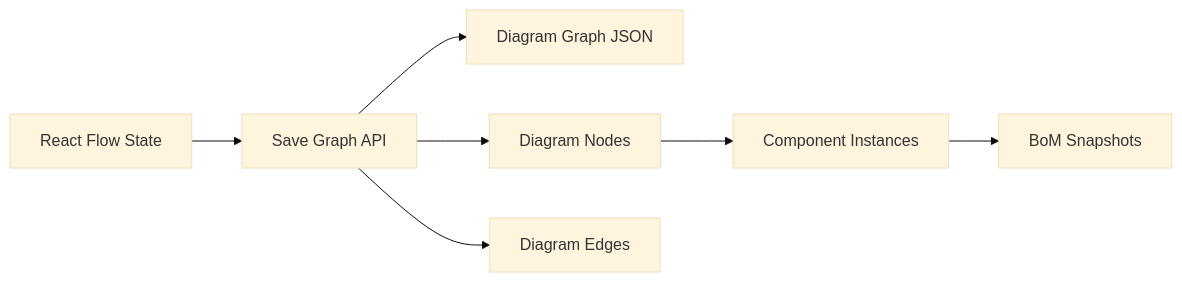
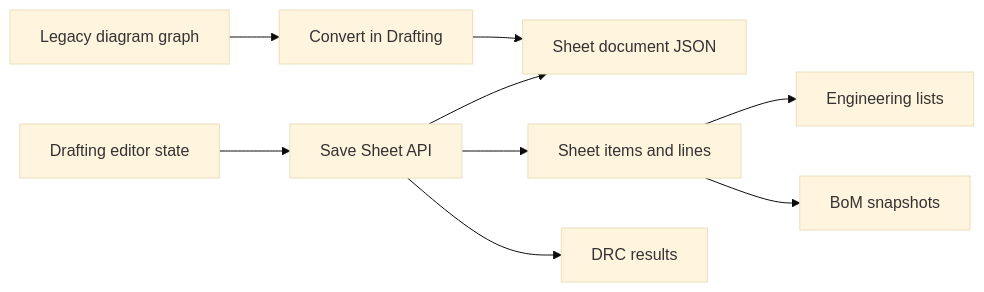
Before and after one commit to luiserpenbach/FSDP: the third of 3 diagrams in docs/architecture.md, drawn with Mermaid (base theme). The commit also changed other lines of this file and 3 other files, not shown here.

First line of the commit message:
Describe Drafting as the single P&ID editor in the docs

````diff
--- a/docs/architecture.md
+++ b/docs/architecture.md
@@ -44,9 +47,11 @@
 ```mermaid
 flowchart LR
-  ReactFlowState[React Flow State] --> SaveGraph[Save Graph API]
-  SaveGraph --> DiagramGraph[Diagram Graph JSON]
-  SaveGraph --> NormalizedNodes[Diagram Nodes]
-  SaveGraph --> NormalizedEdges[Diagram Edges]
-  NormalizedNodes --> ComponentInstances[Component Instances]
-  ComponentInstances --> BomSnapshots[BoM Snapshots]
+  EditorState[Drafting editor state] --> SaveSheet[Save Sheet API]
+  SaveSheet --> SheetDocument[Sheet document JSON]
+  SaveSheet --> SheetIndex[Sheet items and lines]
+  SaveSheet --> DrcResults[DRC results]
+  SheetIndex --> Lists[Engineering lists]
+  SheetIndex --> BomSnapshots[BoM snapshots]
+  LegacyDiagram[Legacy diagram graph] --> Convert[Convert in Drafting]
+  Convert --> SheetDocument
 ```
````
